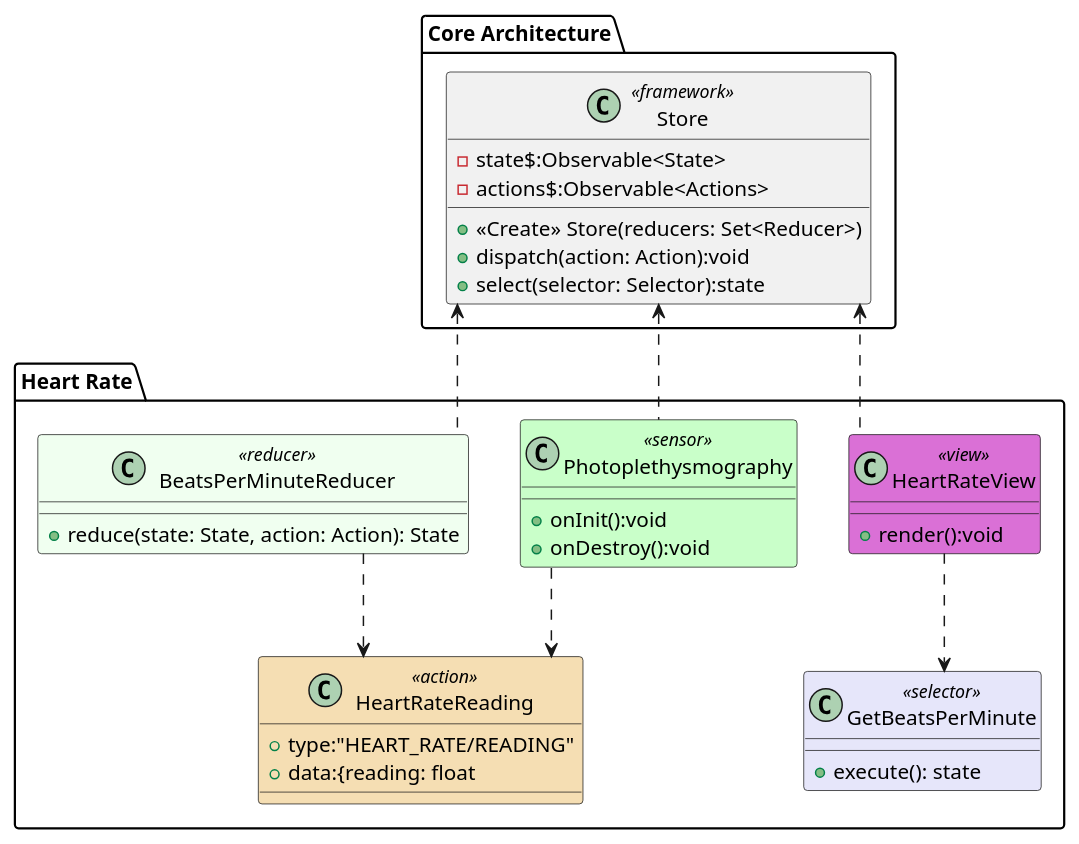
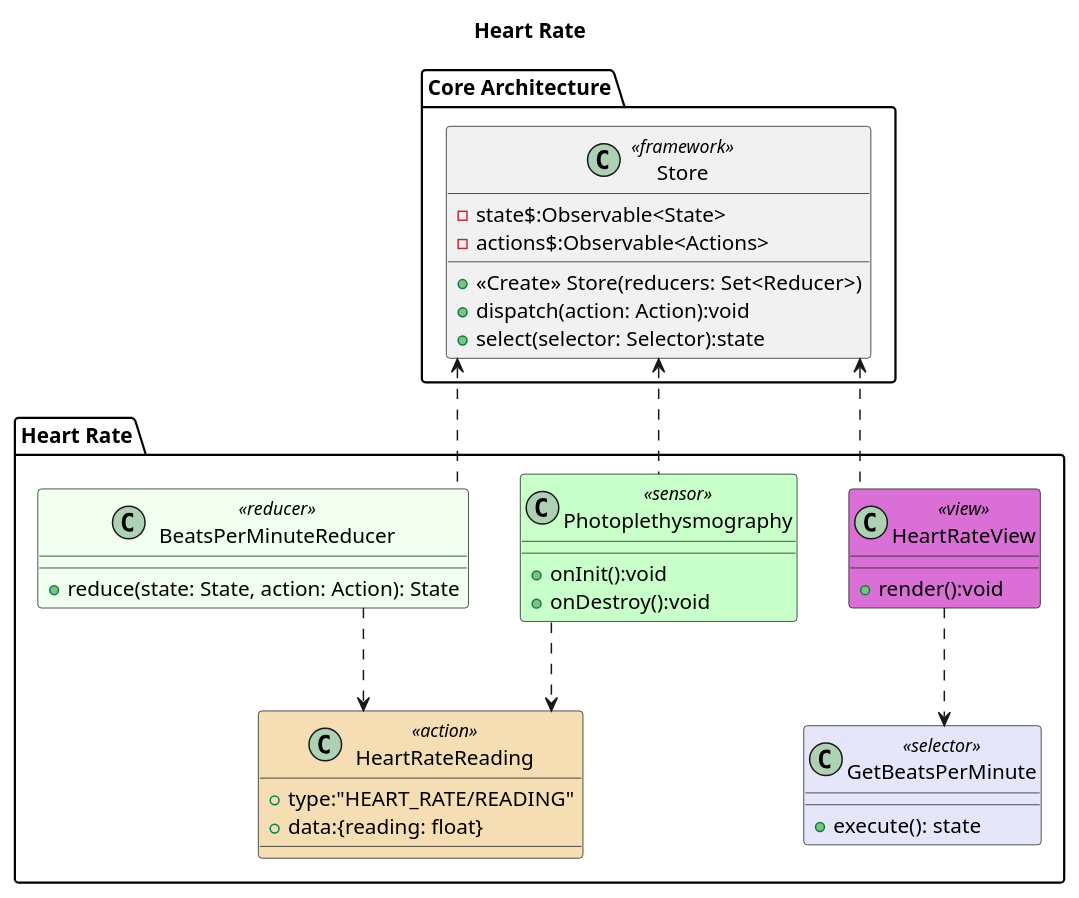
The diagram in class_diagrams/heart_rate.md (markroche92/sw-eng-smart-watch), drawn with PlantUML before and after one commit. The commit also changed other lines of this file, not shown here.

Commit message:
fixing typo in diagram & adding title

````diff
--- a/class_diagrams/heart_rate.md
+++ b/class_diagrams/heart_rate.md
@@ -9,63 +9,64 @@
 ```plantuml
 @startuml
+
+title Heart Rate
 
 skinparam shadowing false
 skinparam linetype ortho
 skinparam class {
     BackgroundColor<<reducer>> HoneyDew
     BackgroundColor<<action>> Wheat
     BackgroundColor<<sensor>> Technology
     BackgroundColor<<view>> Orchid
     BackgroundColor<<effect>> Gold
     BackgroundColor<<selector>> Lavender
 }
 
 '=========== definitions
 package "Core Architecture" {
     class "Store" <<framework>> {
         +<<Create>> Store(reducers: Set<Reducer>)
         -state$:Observable<State>
         -actions$:Observable<Actions>
         +dispatch(action: Action):void
         +select(selector: Selector):state
     }
 }
 
 package "Heart Rate" {
 
     class Photoplethysmography <<sensor>> {
         +onInit():void
         +onDestroy():void
     }
 
     class HeartRateReading <<action>> {
         +type:"HEART_RATE/READING"
-        +data:{reading: float
+        +data:{reading: float}
     }
 
     class HeartRateView <<view>> {
         +render():void
     }
 
     class BeatsPerMinuteReducer <<reducer>> {
         +reduce(state: State, action: Action): State
     }
 
     class GetBeatsPerMinute <<selector>>{
         +execute(): state
     }
 }
 
 
 '=========== links
 HeartRateView ..> GetBeatsPerMinute
 
 Photoplethysmography ..> HeartRateReading
 BeatsPerMinuteReducer ..> HeartRateReading
 
 Photoplethysmography .u.> Store
 BeatsPerMinuteReducer .u.> Store
 HeartRateView .u.> Store
-
 @enduml
 ```
````
